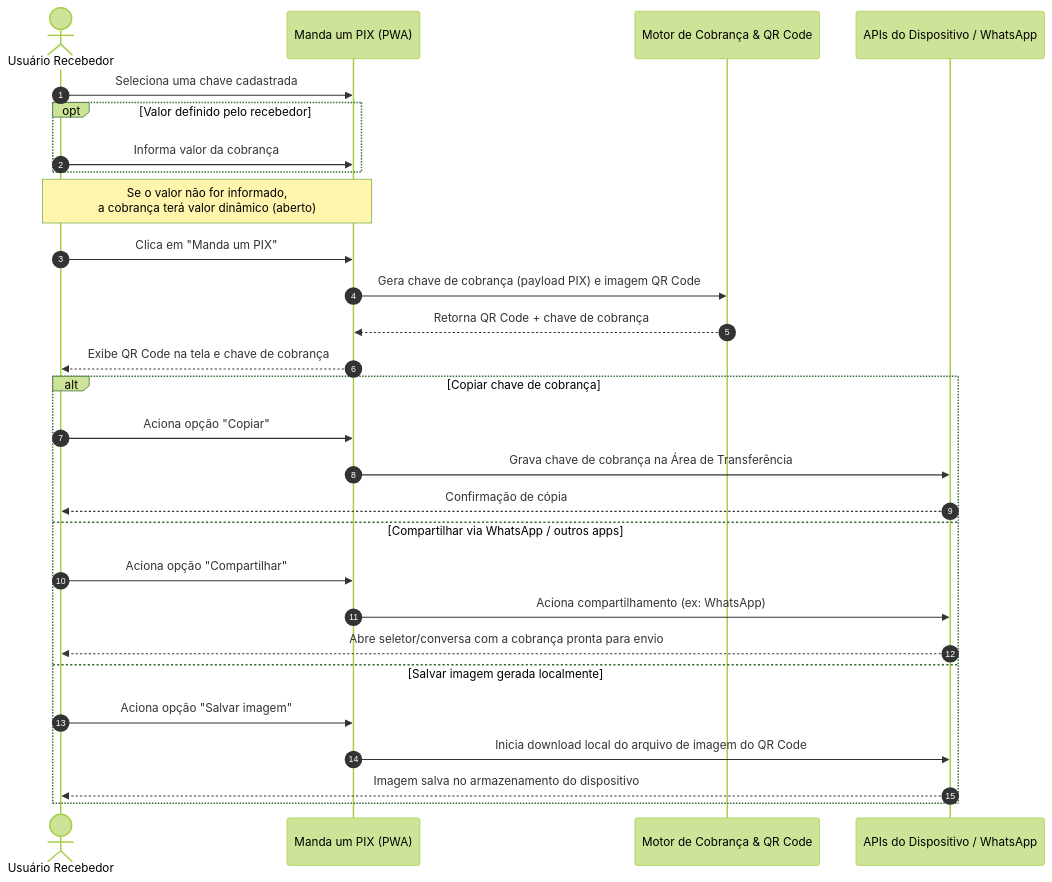
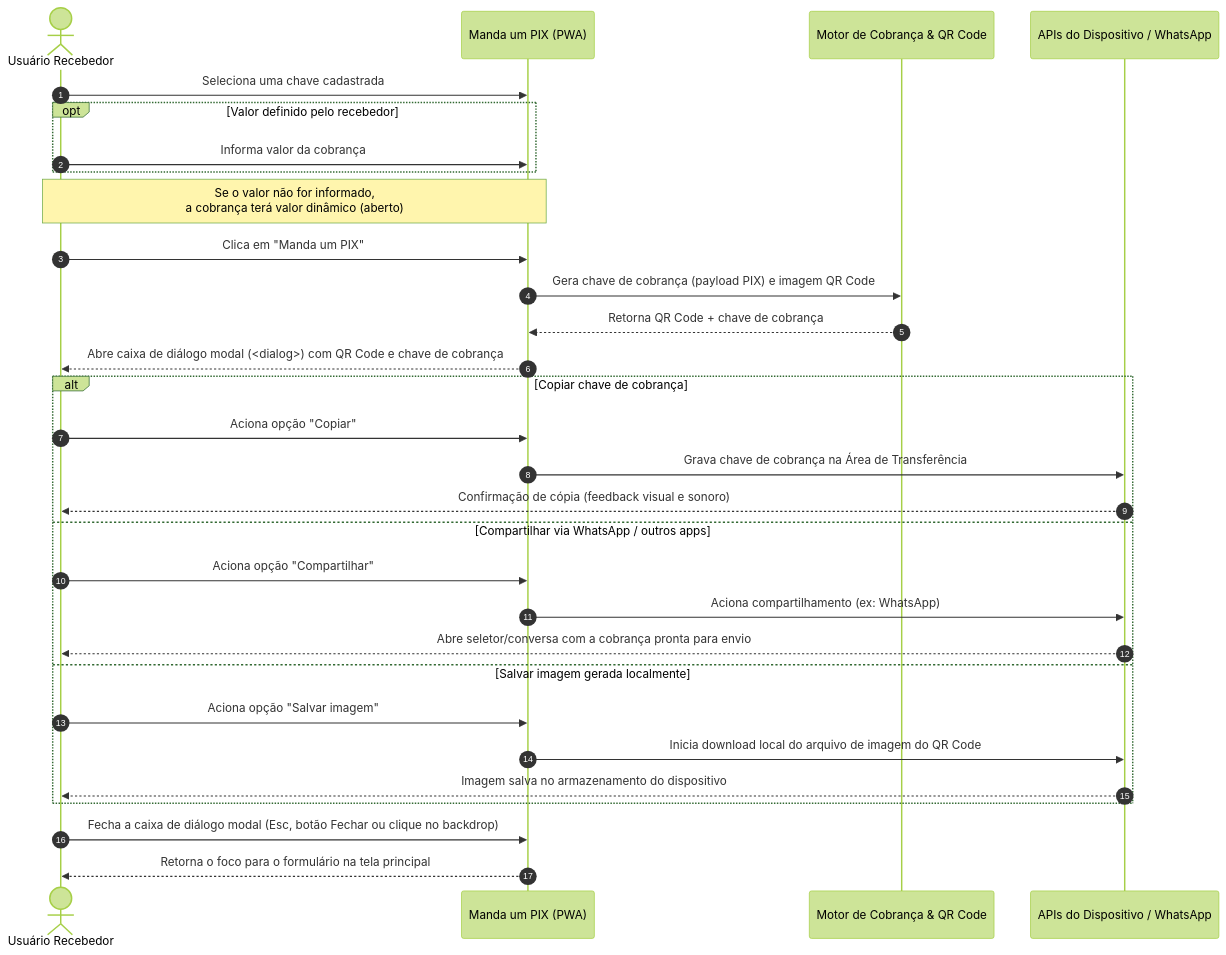
One commit to luizcanet/mandaumpix.app changed the second of 5 diagrams in docs/business/workflows.md. Above: the diagram before and after it, drawn with Mermaid (forest theme). The commit also changed 5 other files, not shown here.

````diff
--- a/docs/business/workflows.md
+++ b/docs/business/workflows.md
@@ -34,32 +34,35 @@
 ```mermaid
 sequenceDiagram
     autonumber
     actor U as Usuário Recebedor
     participant App as Manda um PIX (PWA)
     participant Gen as Motor de Cobrança & QR Code
     participant OS as APIs do Dispositivo / WhatsApp
 
     U->>App: Seleciona uma chave cadastrada
     opt Valor definido pelo recebedor
         U->>App: Informa valor da cobrança
     end
     Note over U,App: Se o valor não for informado,<br/>a cobrança terá valor dinâmico (aberto)
     U->>App: Clica em "Manda um PIX"
     App->>Gen: Gera chave de cobrança (payload PIX) e imagem QR Code
     Gen-->>App: Retorna QR Code + chave de cobrança
-    App-->>U: Exibe QR Code na tela e chave de cobrança
+    App-->>U: Abre caixa de diálogo modal (<dialog>) com QR Code e chave de cobrança
 
     alt Copiar chave de cobrança
         U->>App: Aciona opção "Copiar"
         App->>OS: Grava chave de cobrança na Área de Transferência
-        OS-->>U: Confirmação de cópia
+        OS-->>U: Confirmação de cópia (feedback visual e sonoro)
     else Compartilhar via WhatsApp / outros apps
         U->>App: Aciona opção "Compartilhar"
         App->>OS: Aciona compartilhamento (ex: WhatsApp)
         OS-->>U: Abre seletor/conversa com a cobrança pronta para envio
     else Salvar imagem gerada localmente
         U->>App: Aciona opção "Salvar imagem"
         App->>OS: Inicia download local do arquivo de imagem do QR Code
         OS-->>U: Imagem salva no armazenamento do dispositivo
     end
+
+    U->>App: Fecha a caixa de diálogo modal (Esc, botão Fechar ou clique no backdrop)
+    App-->>U: Retorna o foco para o formulário na tela principal
 ```
````
